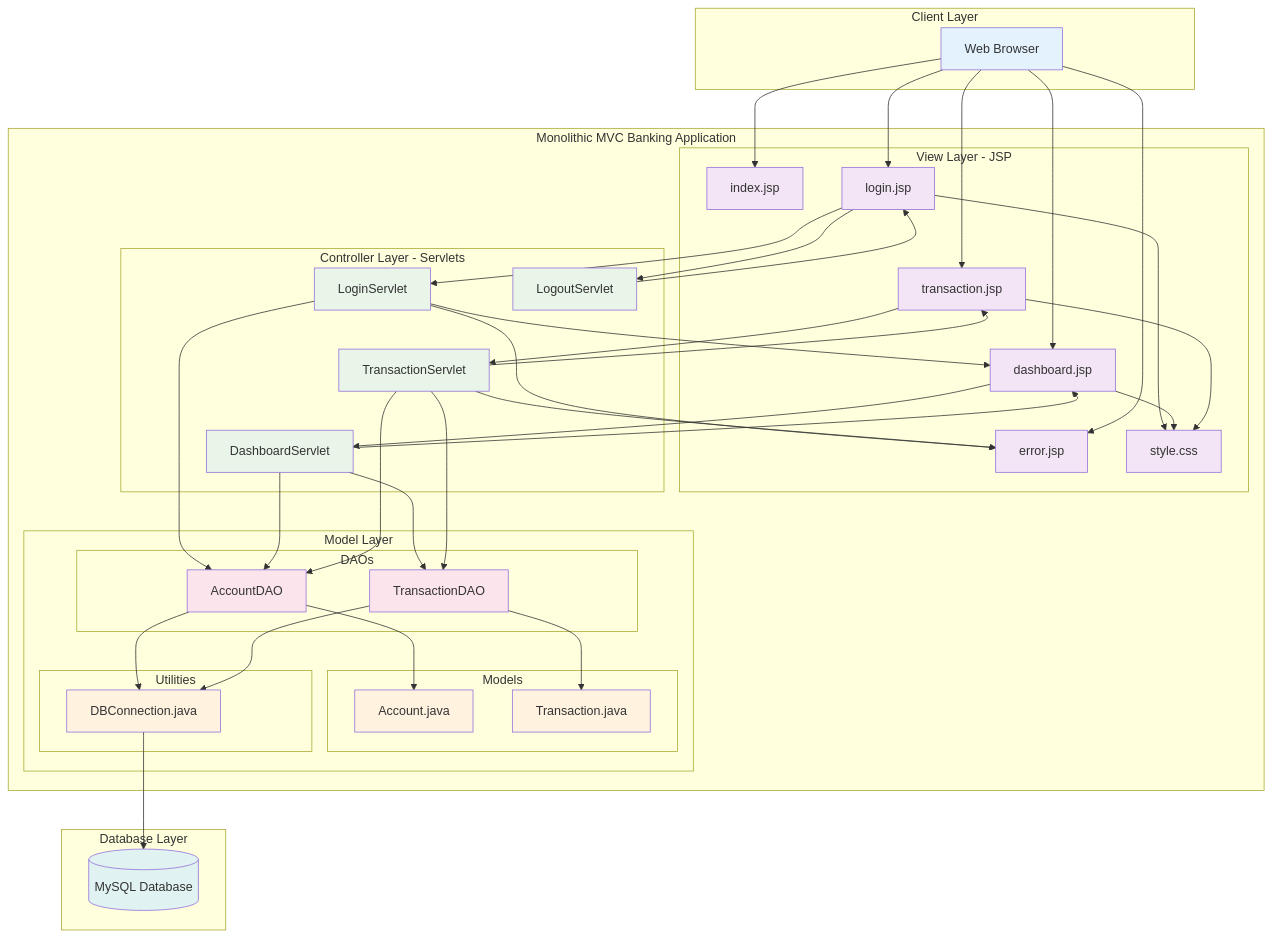
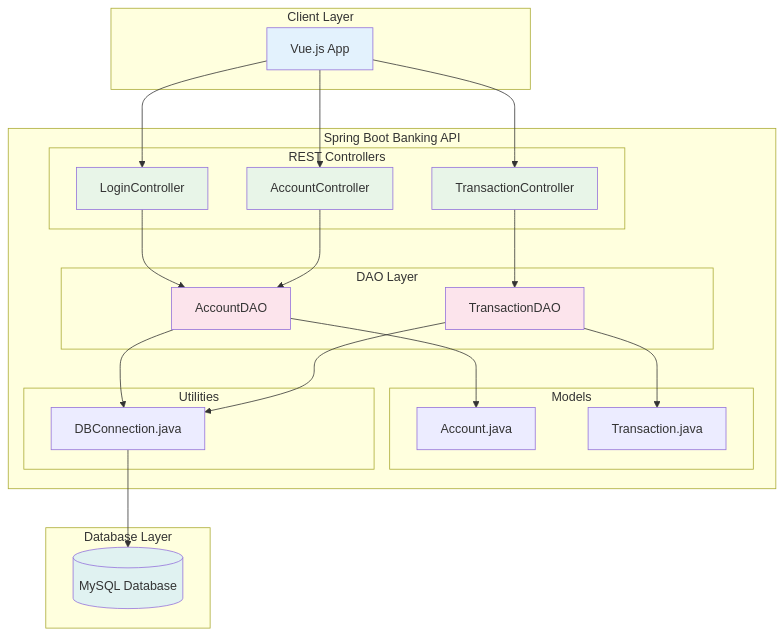
Before and after one commit to RICH0423/banking-app: the diagram in banking_architecture.mermaid, drawn with Mermaid. The commit also changed 9 other files, not shown here.

Commit message:
Refactor to Spring Boot with Vue.js

```diff
--- a/banking_architecture.mermaid
+++ b/banking_architecture.mermaid
@@ -1,107 +1,56 @@
 graph TB
     %% Client Layer
     subgraph "Client Layer"
-        Browser[Web Browser]
+        Vue["Vue.js App"]
     end
-    
-    %% Monolithic MVC Application
-    subgraph "Monolithic MVC Banking Application"
-        %% View Layer (JSP)
-        subgraph "View Layer - JSP"
-            INDEX[index.jsp]
-            LOGIN[login.jsp]
-            DASH[dashboard.jsp]
-            TRANS[transaction.jsp]
-            ERROR[error.jsp]
-            CSS[style.css]
+
+    %% Spring Boot Application
+    subgraph "Spring Boot Banking API"
+        subgraph "REST Controllers"
+            LC[LoginController]
+            AC[AccountController]
+            TC[TransactionController]
         end
-        
-        %% Controller Layer (Servlets)
-        subgraph "Controller Layer - Servlets"
-            LS[LoginServlet]
-            DS[DashboardServlet]
-            TS[TransactionServlet]
-            LOS[LogoutServlet]
+
+        subgraph "DAO Layer"
+            ADAO[AccountDAO]
+            TDAO[TransactionDAO]
         end
-        
-        %% Model Layer
-        subgraph "Model Layer"
-            subgraph "DAOs"
-                ADAO[AccountDAO]
-                TDAO[TransactionDAO]
-            end
-            
-            subgraph "Models"
-                ACC[Account.java]
-                TRN[Transaction.java]
-            end
-            
-            subgraph "Utilities"
-                DBC[DBConnection.java]
-            end
+
+        subgraph "Models"
+            ACC[Account.java]
+            TRN[Transaction.java]
+        end
+
+        subgraph "Utilities"
+            DBC[DBConnection.java]
         end
     end
-    
+
     %% Database Layer
     subgraph "Database Layer"
         MySQL[(MySQL Database)]
     end
-    
+
     %% Request Flow
-    Browser --> INDEX
-    Browser --> LOGIN
-    Browser --> DASH
-    Browser --> TRANS
-    Browser --> ERROR
-    
-    %% Static Resources
-    LOGIN --> CSS
-    DASH --> CSS
-    TRANS --> CSS
-    
-    %% JSP to Servlets
-    LOGIN --> LS
-    DASH --> DS
-    TRANS --> TS
-    LOGIN --> LOS
-    
-    %% Servlet Response to JSP
-    LS --> DASH
-    LS --> ERROR
-    DS --> DASH
-    TS --> TRANS
-    TS --> ERROR
-    LOS --> LOGIN
-    
-    %% Servlets to DAOs
-    LS --> ADAO
-    DS --> ADAO
-    DS --> TDAO
-    TS --> ADAO
-    TS --> TDAO
-    
-    %% DAOs use Models
+    Vue --> LC
+    Vue --> AC
+    Vue --> TC
+    LC --> ADAO
+    AC --> ADAO
+    TC --> TDAO
     ADAO --> ACC
     TDAO --> TRN
-    
-    %% DAOs use DB Connection
     ADAO --> DBC
     TDAO --> DBC
-    
-    %% DB Connection to MySQL
     DBC --> MySQL
-    
+
     %% Styling
     classDef client fill:#e3f2fd
-    classDef view fill:#f3e5f5
     classDef controller fill:#e8f5e8
-    classDef model fill:#fff3e0
     classDef dao fill:#fce4ec
     classDef database fill:#e0f2f1
-    
-    class Browser client
-    class INDEX,LOGIN,DASH,TRANS,ERROR,CSS view
-    class LS,DS,TS,LOS controller
-    class ACC,TRN,DBC model
+    class Vue client
+    class LC,AC,TC controller
     class ADAO,TDAO dao
     class MySQL database
```
